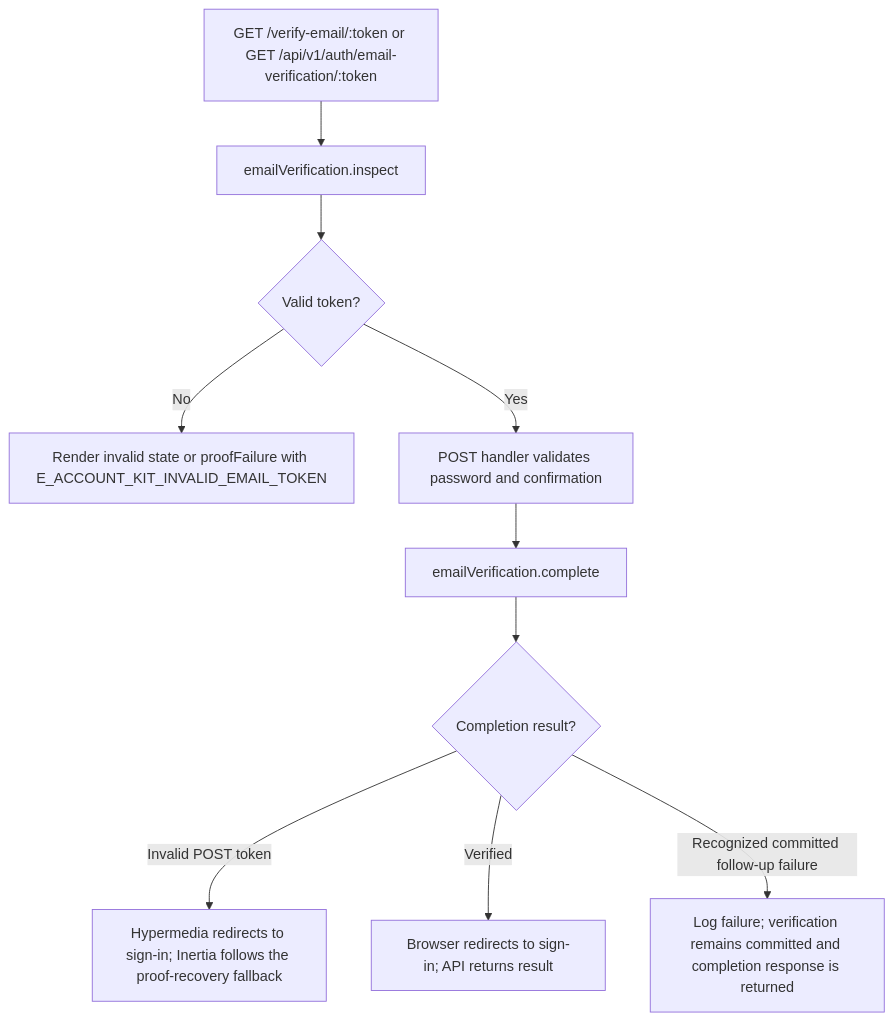
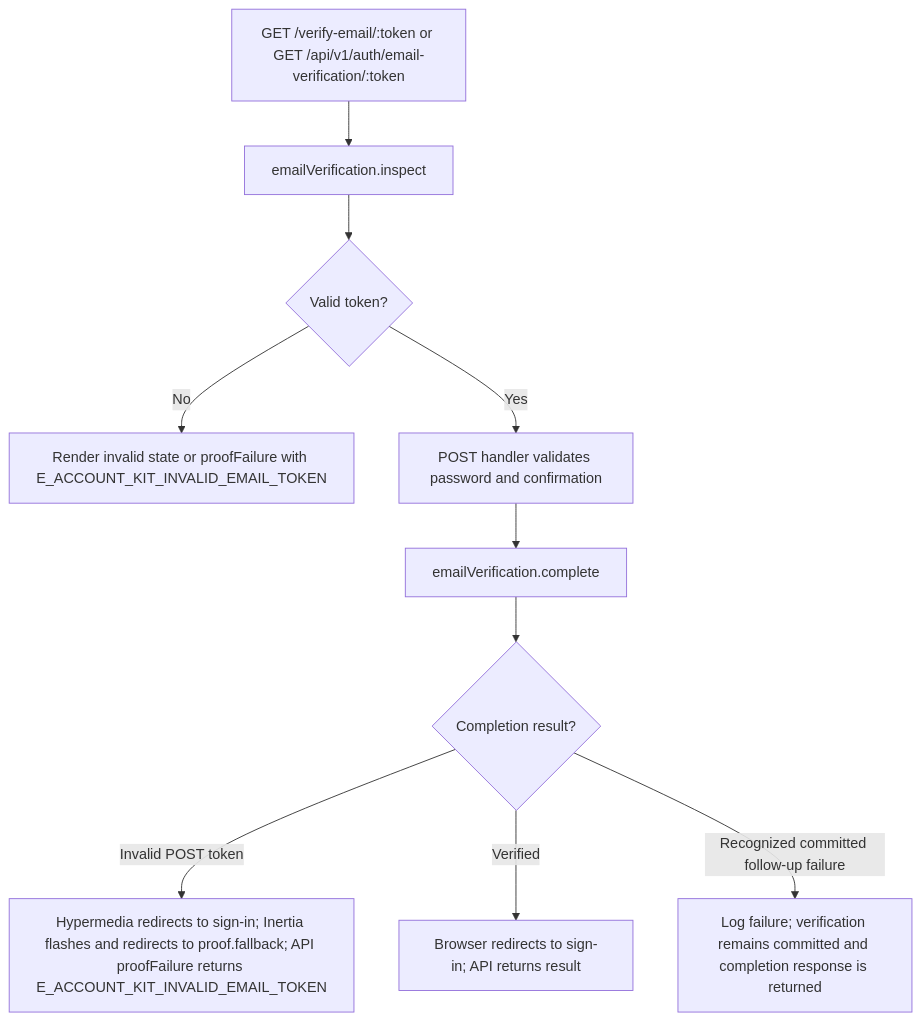
One commit to Kevinjohn/oss-adonisjs-starter-examples changed the second of 2 diagrams in user-stories/accounts/us-account-11-complete-email-verification.md. Above: the diagram before and after it, drawn with Mermaid. The commit also changed other lines of this file and 22 other files, not shown here.

````diff
--- a/user-stories/accounts/us-account-11-complete-email-verification.md
+++ b/user-stories/accounts/us-account-11-complete-email-verification.md
@@ -45,12 +49,12 @@
 ```mermaid
 flowchart TD
     A["GET /verify-email/:token or GET /api/v1/auth/email-verification/:token"] --> B["emailVerification.inspect"]
     B --> C{"Valid token?"}
     C -->|No| D["Render invalid state or proofFailure with E_ACCOUNT_KIT_INVALID_EMAIL_TOKEN"]
     C -->|Yes| E["POST handler validates password and confirmation"]
     E --> F["emailVerification.complete"]
     F --> G{"Completion result?"}
-    G -->|Invalid POST token| J["Hypermedia redirects to sign-in; Inertia follows the proof-recovery fallback"]
+    G -->|Invalid POST token| J["Hypermedia redirects to sign-in; Inertia flashes and redirects to proof.fallback; API proofFailure returns E_ACCOUNT_KIT_INVALID_EMAIL_TOKEN"]
     G -->|Verified| H["Browser redirects to sign-in; API returns result"]
     G -->|Recognized committed follow-up failure| I["Log failure; verification remains committed and completion response is returned"]
 ```
````
